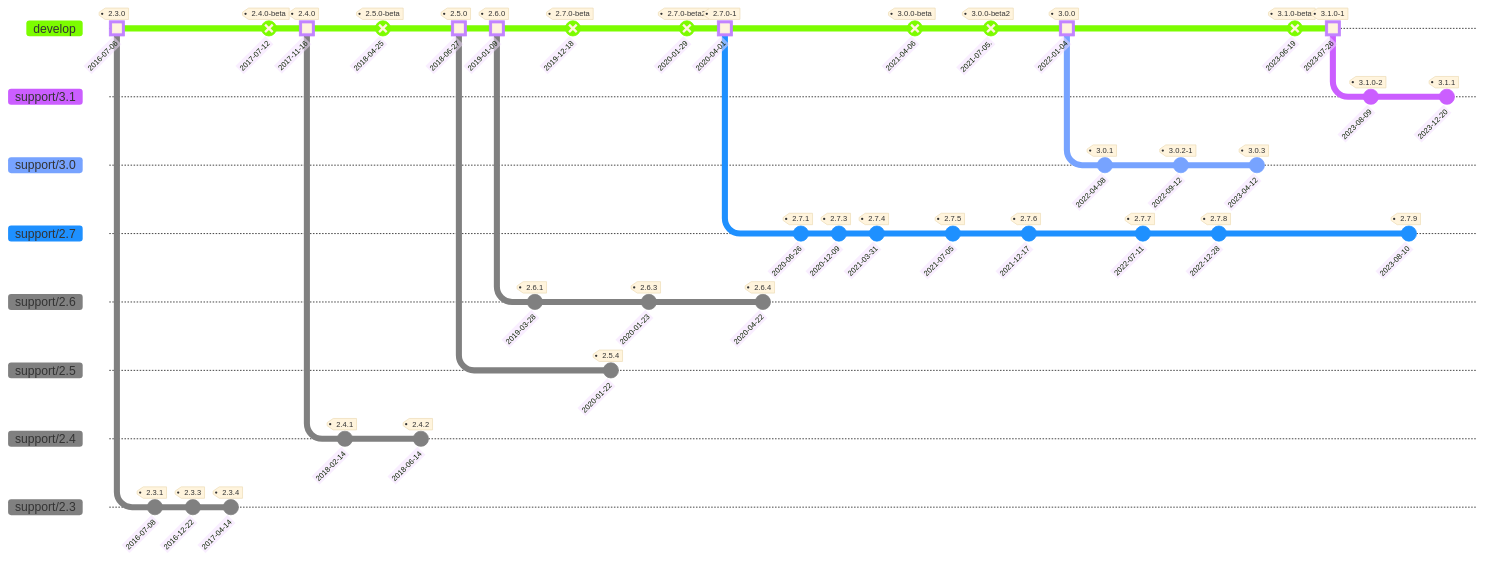
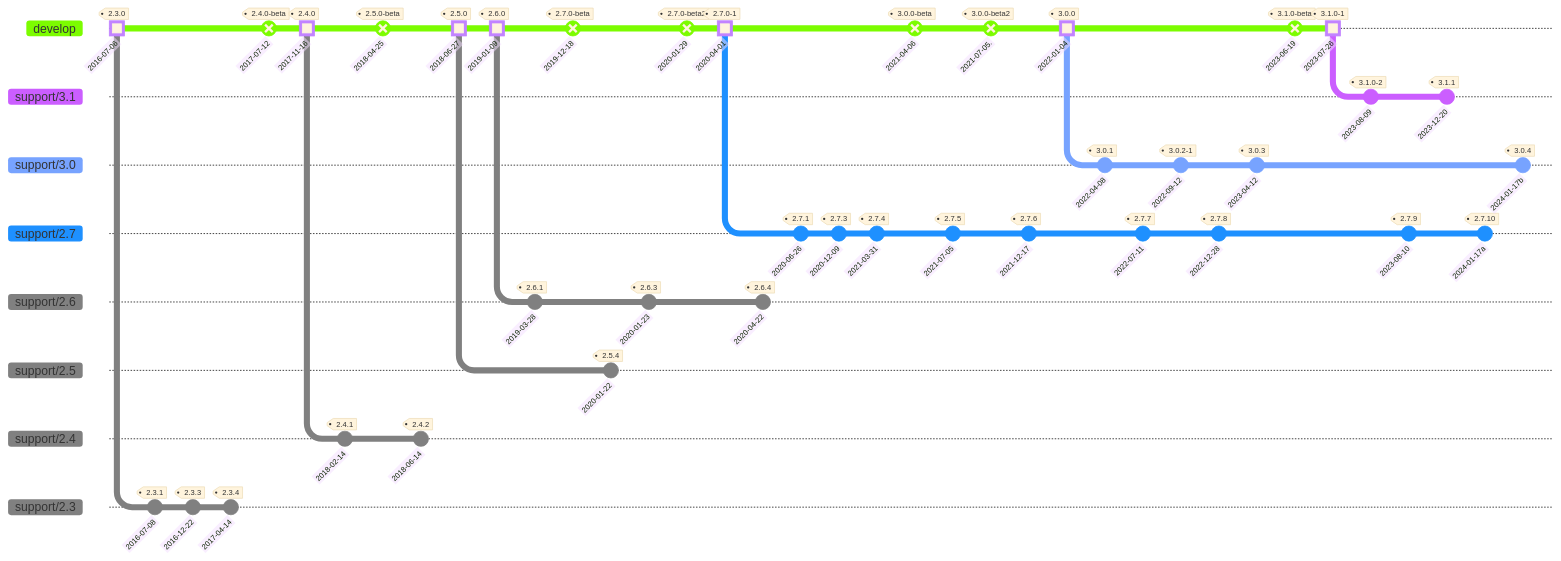
One commit to Combodo/iTop changed the diagram in .doc/itop-version-history.md. Above: the diagram before and after it, drawn with Mermaid.

Commit message:
:memo: Version history: add 2.7.10 and 3.0.4

````diff
--- a/.doc/itop-version-history.md
+++ b/.doc/itop-version-history.md
@@ -79,4 +79,8 @@
     commit id: "2023-08-10" tag: "2.7.9"
     checkout support/3.1
     commit id: "2023-12-20" tag: "3.1.1"
+    checkout support/2.7
+    commit id: "2024-01-17a" tag: "2.7.10"
+    checkout support/3.0
+    commit id: "2024-01-17b" tag: "3.0.4"
 ```
````
